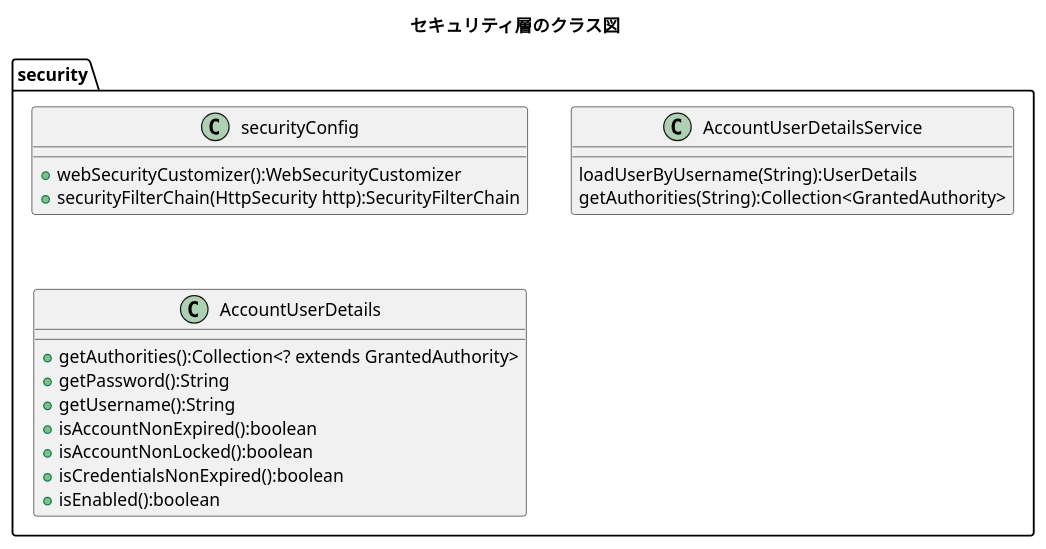
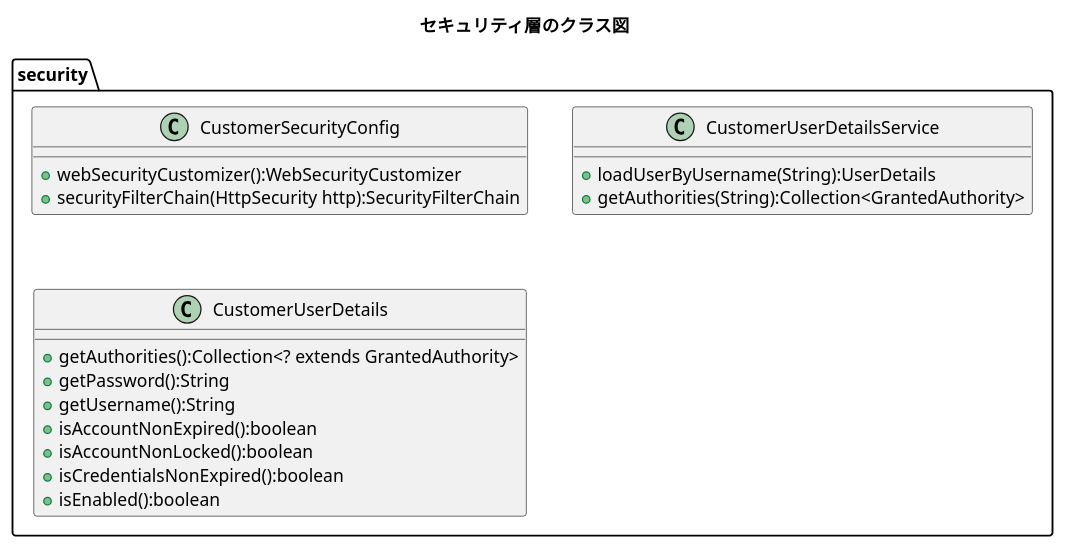
Before and after one commit to kanavii3333/ec-b: the diagram in plan/uml/class/front-end/security.plantuml, drawn with PlantUML. The commit also changed 6 other files, not shown here.

Commit message:
クラス図シーケンス図UC001～005まで確認修正

```diff
--- a/plan/uml/class/front-end/security.plantuml
+++ b/plan/uml/class/front-end/security.plantuml
@@ -1,23 +1,23 @@
 title セキュリティ層のクラス図
 package security{
 
-		class securityConfig{
+		class CustomerSecurityConfig{
 			+ webSecurityCustomizer():WebSecurityCustomizer
 			+ securityFilterChain(HttpSecurity http):SecurityFilterChain
 		}
-		class AccountUserDetailsService{
-			loadUserByUsername(String):UserDetails
-			getAuthorities(String):Collection<GrantedAuthority>
+		class CustomerUserDetailsService{
+			+loadUserByUsername(String):UserDetails
+			+getAuthorities(String):Collection<GrantedAuthority>
 		}
-		class AccountUserDetails{
+		class CustomerUserDetails{
 			+getAuthorities():Collection<? extends GrantedAuthority>
 			+getPassword():String
 			+getUsername():String
 			+isAccountNonExpired():boolean
 			+isAccountNonLocked():boolean
 			+isCredentialsNonExpired():boolean
 			+isEnabled():boolean
 		}
 	
 }
 @enduml
```
